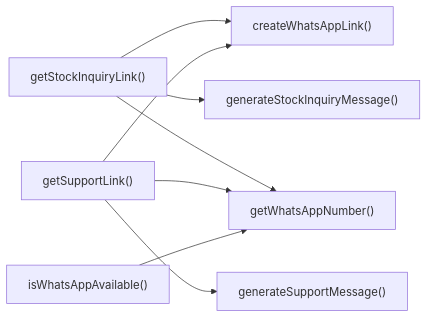
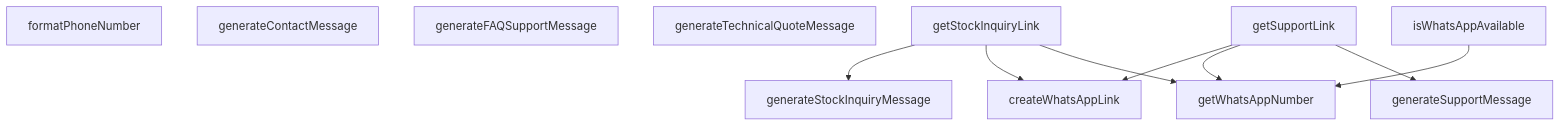
The diagram in src/utils/whatsapp.md (peckop/venthub-hvac-esite), drawn with Mermaid before and after one commit. The commit also changed other lines of this file and 488 other files, not shown here.

````diff
--- a/src/utils/whatsapp.md
+++ b/src/utils/whatsapp.md
@@ -224,10 +207,21 @@
 ```mermaid
-graph LR
-    getStockInquiryLink["getStockInquiryLink()"] --> createWhatsAppLink["createWhatsAppLink()"]
-    getStockInquiryLink["getStockInquiryLink()"] --> generateStockInquiryMessage["generateStockInquiryMessage()"]
-    getStockInquiryLink["getStockInquiryLink()"] --> getWhatsAppNumber["getWhatsAppNumber()"]
-    getSupportLink["getSupportLink()"] --> createWhatsAppLink["createWhatsAppLink()"]
-    getSupportLink["getSupportLink()"] --> generateSupportMessage["generateSupportMessage()"]
-    getSupportLink["getSupportLink()"] --> getWhatsAppNumber["getWhatsAppNumber()"]
-    isWhatsAppAvailable["isWhatsAppAvailable()"] --> getWhatsAppNumber["getWhatsAppNumber()"]
+graph TD
+    whatsapp_ts__createWhatsAppLink["createWhatsAppLink"]
+    whatsapp_ts__formatPhoneNumber["formatPhoneNumber"]
+    whatsapp_ts__generateContactMessage["generateContactMessage"]
+    whatsapp_ts__generateFAQSupportMessage["generateFAQSupportMessage"]
+    whatsapp_ts__generateStockInquiryMessage["generateStockInquiryMessage"]
+    whatsapp_ts__generateSupportMessage["generateSupportMessage"]
+    whatsapp_ts__generateTechnicalQuoteMessage["generateTechnicalQuoteMessage"]
+    whatsapp_ts__getStockInquiryLink["getStockInquiryLink"]
+    whatsapp_ts__getSupportLink["getSupportLink"]
+    whatsapp_ts__getWhatsAppNumber["getWhatsAppNumber"]
+    whatsapp_ts__isWhatsAppAvailable["isWhatsAppAvailable"]
+    whatsapp_ts__getStockInquiryLink --> whatsapp_ts__generateStockInquiryMessage
+    whatsapp_ts__getStockInquiryLink --> whatsapp_ts__createWhatsAppLink
+    whatsapp_ts__getSupportLink --> whatsapp_ts__createWhatsAppLink
+    whatsapp_ts__getSupportLink --> whatsapp_ts__getWhatsAppNumber
+    whatsapp_ts__isWhatsAppAvailable --> whatsapp_ts__getWhatsAppNumber
+    whatsapp_ts__getStockInquiryLink --> whatsapp_ts__getWhatsAppNumber
+    whatsapp_ts__getSupportLink --> whatsapp_ts__generateSupportMessage
 ```
````
